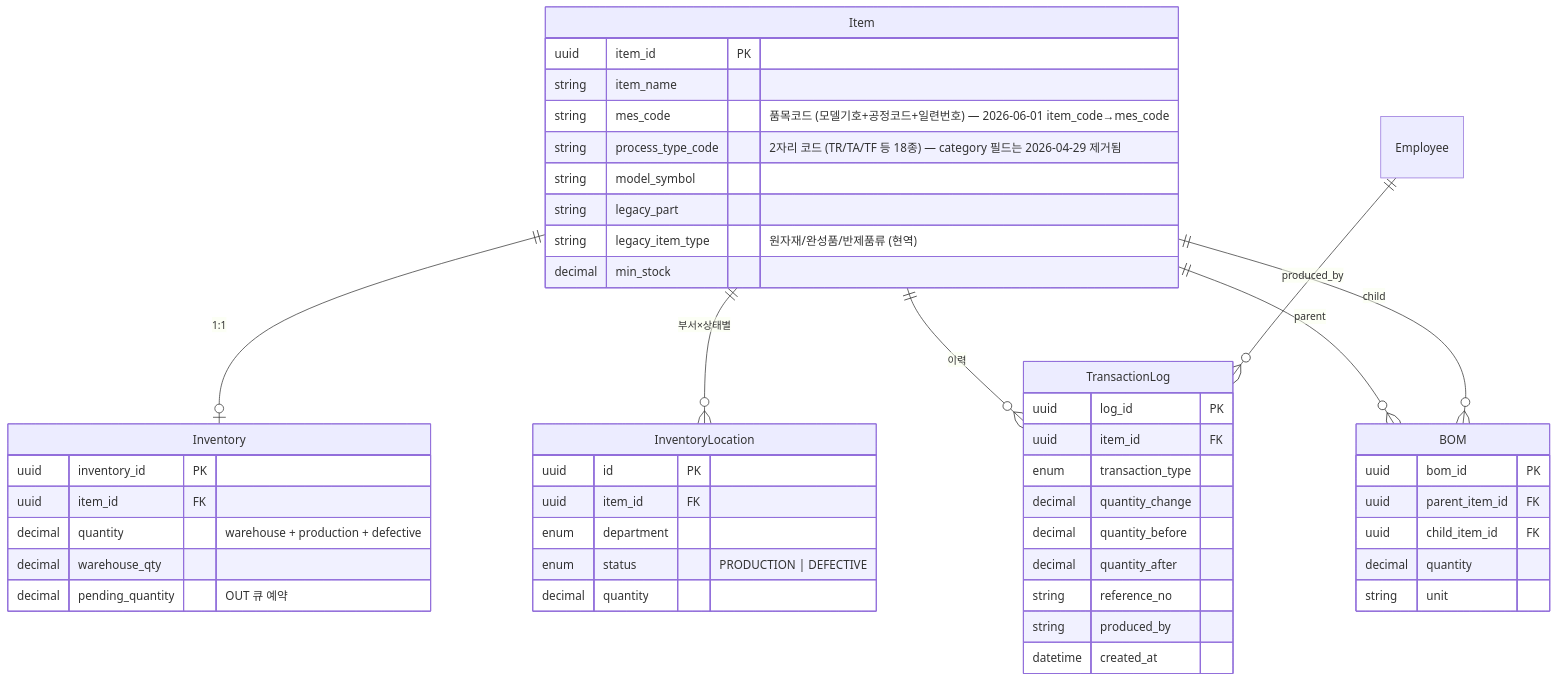
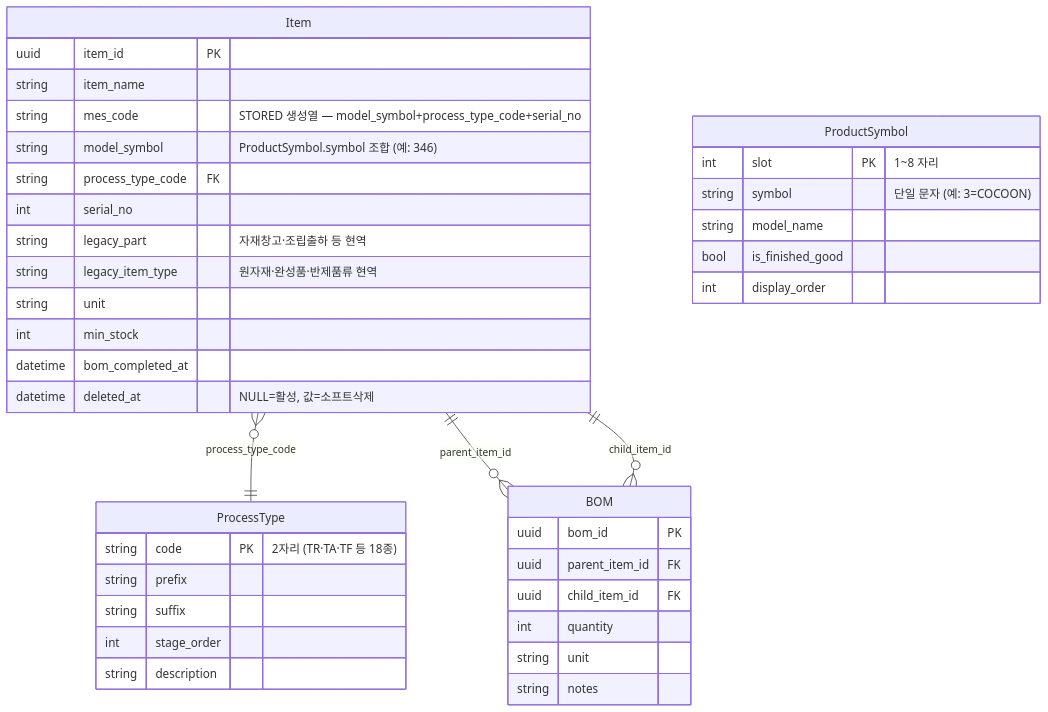
One commit to Hw-03/ERP changed the first of 8 diagrams in _attic/docs/ERD.md. Above: the diagram before and after it, drawn with Mermaid. The commit also changed other lines of this file, not shown here.

Commit message:
2026-06-08 docs: ERD 전면 현행화 — 25개 테이블 8개 도메인

````diff
--- a/_attic/docs/ERD.md
+++ b/_attic/docs/ERD.md
@@ -10,57 +23,46 @@
 ```mermaid
 erDiagram
-    Item ||--o| Inventory : "1:1"
-    Item ||--o{ InventoryLocation : "부서×상태별"
-    Item ||--o{ TransactionLog : "이력"
-    Item ||--o{ BOM : "parent"
-    Item ||--o{ BOM : "child"
-
-    Employee ||--o{ TransactionLog : "produced_by"
-
     Item {
         uuid item_id PK
         string item_name
-        string mes_code "품목코드 (모델기호+공정코드+일련번호) — 2026-06-01 item_code→mes_code"
-        string process_type_code "2자리 코드 (TR/TA/TF 등 18종) — category 필드는 2026-04-29 제거됨"
-        string model_symbol
-        string legacy_part
-        string legacy_item_type "원자재/완성품/반제품류 (현역)"
-        decimal min_stock
-    }
-
-    Inventory {
-        uuid inventory_id PK
-        uuid item_id FK
-        decimal quantity "warehouse + production + defective"
-        decimal warehouse_qty
-        decimal pending_quantity "OUT 큐 예약"
-    }
-
-    InventoryLocation {
-        uuid id PK
-        uuid item_id FK
-        enum department
-        enum status "PRODUCTION | DEFECTIVE"
-        decimal quantity
+        string mes_code "STORED 생성열 — model_symbol+process_type_code+serial_no"
+        string model_symbol "ProductSymbol.symbol 조합 (예: 346)"
+        string process_type_code FK
+        int serial_no
+        string legacy_part "자재창고·조립출하 등 현역"
+        string legacy_item_type "원자재·완성품·반제품류 현역"
+        string unit
+        int min_stock
+        datetime bom_completed_at
+        datetime deleted_at "NULL=활성, 값=소프트삭제"
     }
 
     BOM {
         uuid bom_id PK
         uuid parent_item_id FK
         uuid child_item_id FK
-        decimal quantity
+        int quantity
         string unit
+        string notes
     }
 
-    TransactionLog {
-        uuid log_id PK
-        uuid item_id FK
-        enum transaction_type
-        decimal quantity_change
-        decimal quantity_before
-        decimal quantity_after
-        string reference_no
-        string produced_by
-        datetime created_at
+    ProcessType {
+        string code PK "2자리 (TR·TA·TF 등 18종)"
+        string prefix
+        string suffix
+        int stage_order
+        string description
     }
+
+    ProductSymbol {
+        int slot PK "1~8 자리"
+        string symbol "단일 문자 (예: 3=COCOON)"
+        string model_name
+        bool is_finished_good
+        int display_order
+    }
+
+    Item }o--|| ProcessType : "process_type_code"
+    Item ||--o{ BOM : "parent_item_id"
+    Item ||--o{ BOM : "child_item_id"
 ```
````
